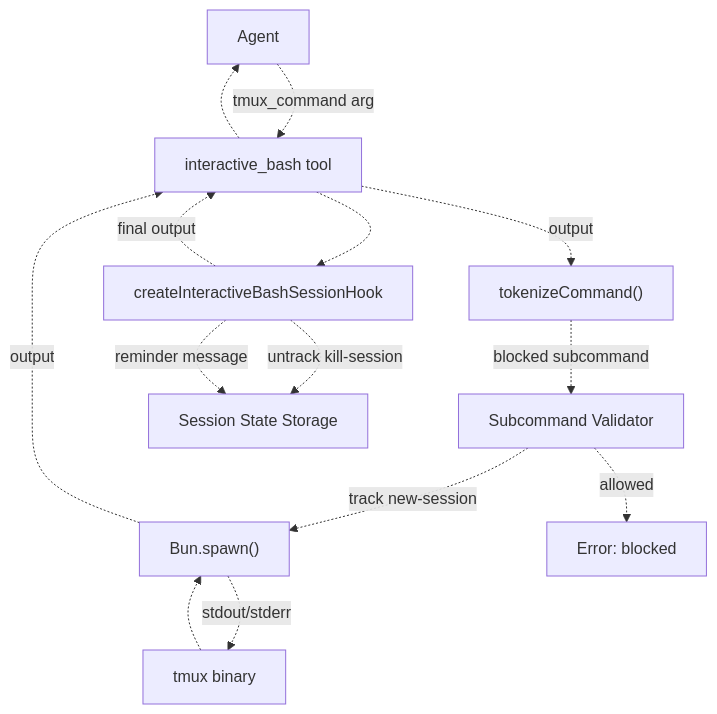
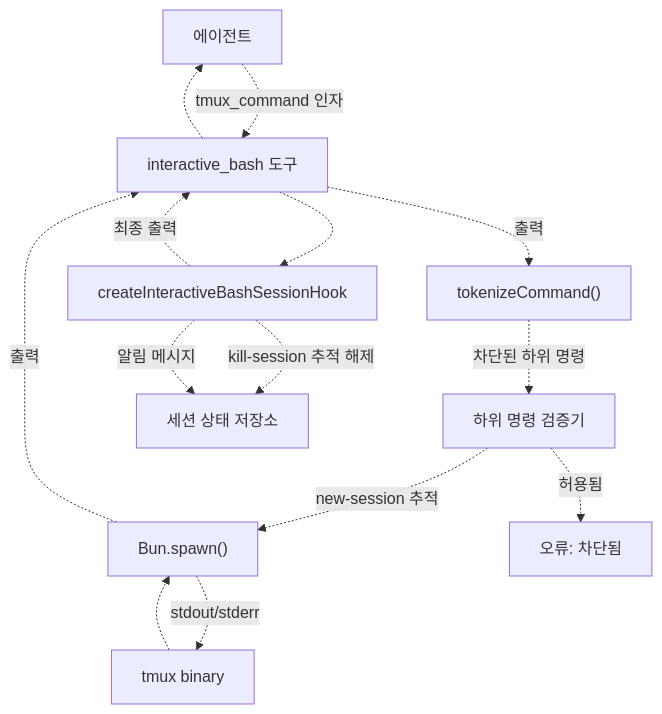
One commit to felipetruman/oh-my-opencode-docs changed the first of 7 diagrams in docs/tools/specialized-tools.md. Above: the diagram before and after it, drawn with Mermaid. The commit also changed other lines of this file and 76 other files, not shown here.

````diff
--- a/docs/tools/specialized-tools.md
+++ b/docs/tools/specialized-tools.md
@@ -50,27 +46,27 @@
 ```mermaid
 flowchart TD
 
-Agent["Agent"]
-Tool["interactive_bash tool"]
+Agent["에이전트"]
+Tool["interactive_bash 도구"]
 Tokenizer["tokenizeCommand()"]
-Validator["Subcommand Validator"]
+Validator["하위 명령 검증기"]
 Executor["Bun.spawn()"]
 Hook["createInteractiveBashSessionHook"]
-Storage["Session State Storage"]
+Storage["세션 상태 저장소"]
 Tmux["tmux binary"]
-ErrorReturn["Error: blocked"]
+ErrorReturn["오류: 차단됨"]
 
-Agent -.->|"tmux_command arg"| Tool
-Tool -.->|"output"| Tokenizer
-Tokenizer -.->|"blocked subcommand"| Validator
-Validator -.->|"allowed"| ErrorReturn
-Validator -.->|"track new-session"| Executor
+Agent -.->|"tmux_command 인자"| Tool
+Tool -.->|"출력"| Tokenizer
+Tokenizer -.->|"차단된 하위 명령"| Validator
+Validator -.->|"허용됨"| ErrorReturn
+Validator -.->|"new-session 추적"| Executor
 Executor -.->|"stdout/stderr"| Tmux
 Tmux -.-> Executor
-Executor -.->|"output"| Tool
+Executor -.->|"출력"| Tool
 Tool -.-> Hook
-Hook -.->|"untrack kill-session"| Storage
-Hook -.->|"reminder message"| Storage
-Hook -.->|"final output"| Tool
+Hook -.->|"kill-session 추적 해제"| Storage
+Hook -.->|"알림 메시지"| Storage
+Hook -.->|"최종 출력"| Tool
 Tool -.-> Agent
 ```
````
